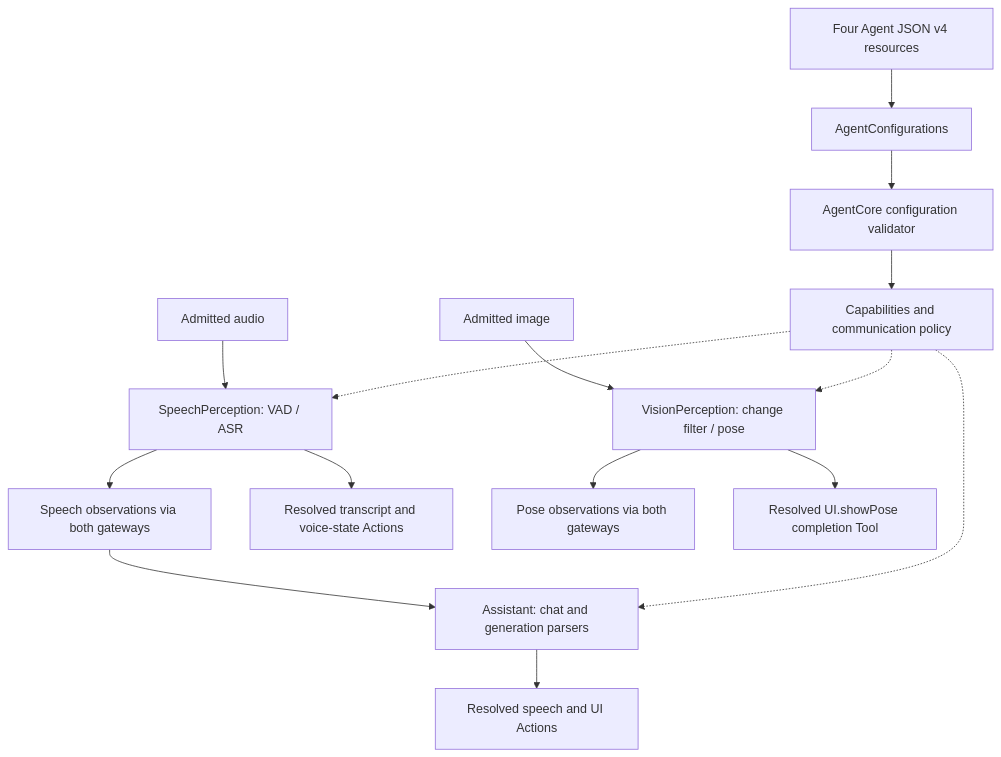
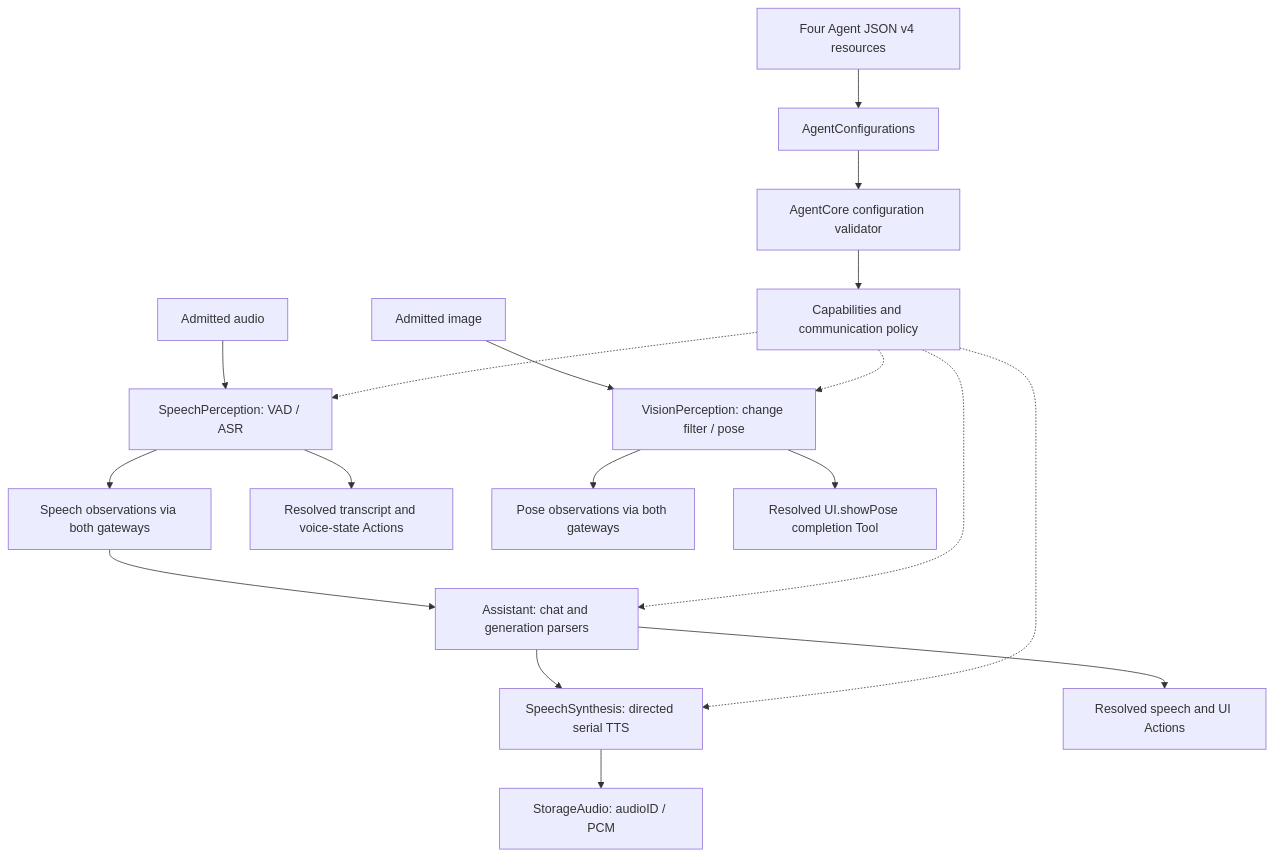
The second of 2 diagrams in MobileHarness/Agents/README.md (devilyouwei/MobileHarness), drawn with Mermaid before and after one commit. The commit also changed other lines of this file and 80 other files, not shown here.

Commit message:
Consolidate architecture docs and add local settings storage

````diff
--- a/MobileHarness/Agents/README.md
+++ b/MobileHarness/Agents/README.md
@@ -37,17 +36,20 @@
 ```mermaid
 flowchart TD
     JSON[Four Agent JSON v4 resources] --> Loader[AgentConfigurations]
     Loader --> Config[AgentCore configuration validator]
     Config --> Permissions[Capabilities and communication policy]
     PCM[Admitted audio] --> Speech[SpeechPerception: VAD / ASR]
     Speech --> Events[Speech observations via both gateways]
     Events --> Assistant[Assistant: chat and generation parsers]
+    Assistant --> Synth[SpeechSynthesis: directed serial TTS]
+    Synth --> Cache[StorageAudio: audioID / PCM]
     Assistant --> Calls[Resolved speech and UI Actions]
     Speech --> Captions[Resolved transcript and voice-state Actions]
     Frames[Admitted image] --> Vision[VisionPerception: change filter / pose]
     Vision --> Pose[Pose observations via both gateways]
     Vision --> Overlay[Resolved UI.showPose completion Tool]
     Permissions -.-> Speech
     Permissions -.-> Assistant
+    Permissions -.-> Synth
     Permissions -.-> Vision
 ```
````
